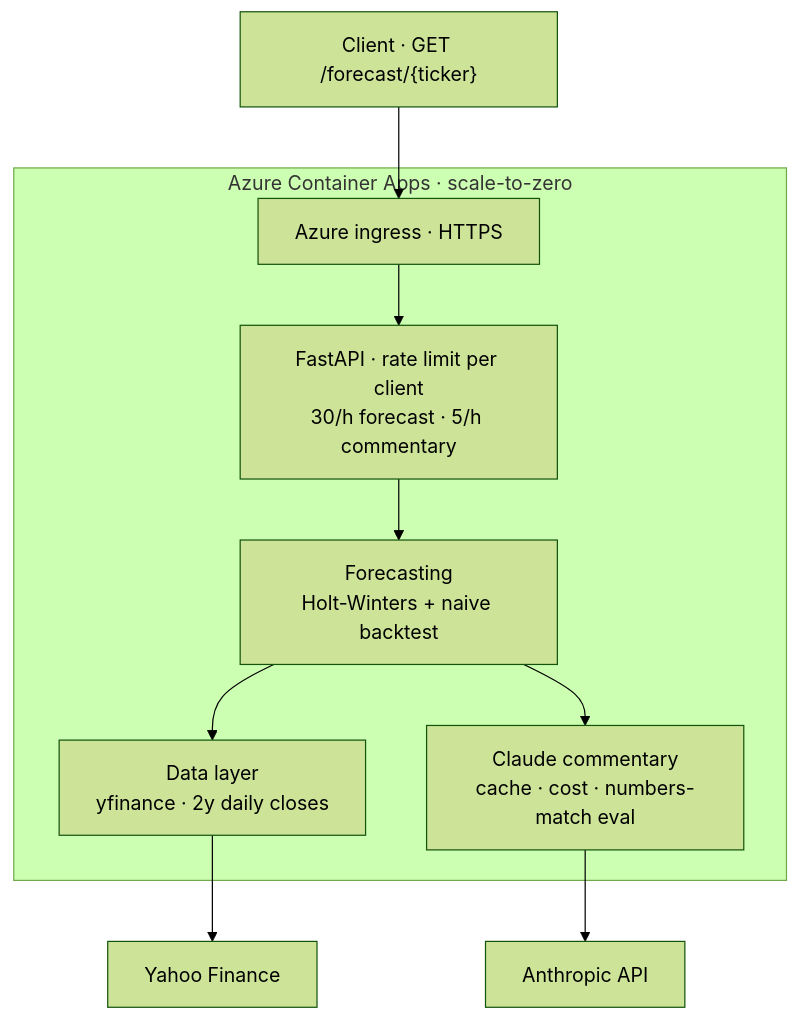
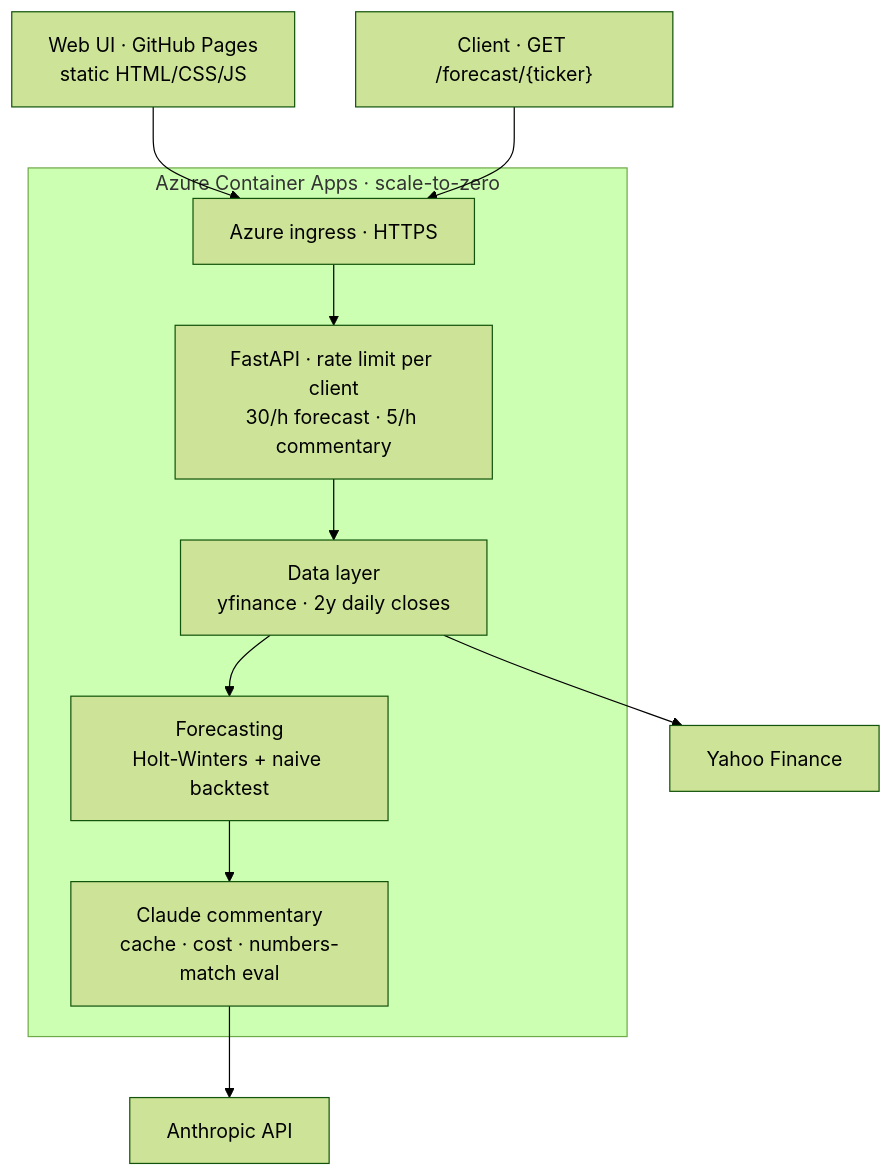
One commit to timur-us/forecastpilot changed the first of 2 diagrams in README.md. Above: the diagram before and after it, drawn with Mermaid (forest theme). The commit also changed other lines of this file and 1 other file, not shown here.

````diff
--- a/README.md
+++ b/README.md
@@ -27,12 +31,13 @@
 ```mermaid
 flowchart TB
+    W["Web UI · GitHub Pages<br/>static HTML/CSS/JS"] --> I
     C["Client · GET /forecast/{ticker}"] --> I
     subgraph ACA["Azure Container Apps · scale-to-zero"]
         I["Azure ingress · HTTPS"] --> R["FastAPI · rate limit per client<br/>30/h forecast · 5/h commentary"]
-        R --> F["Forecasting<br/>Holt-Winters + naive backtest"]
-        F --> D["Data layer<br/>yfinance · 2y daily closes"]
+        R --> D["Data layer<br/>yfinance · 2y daily closes"]
+        D --> F["Forecasting<br/>Holt-Winters + naive backtest"]
         F --> L["Claude commentary<br/>cache · cost · numbers-match eval"]
     end
     D --> Y["Yahoo Finance"]
     L --> A["Anthropic API"]
 ```
````
